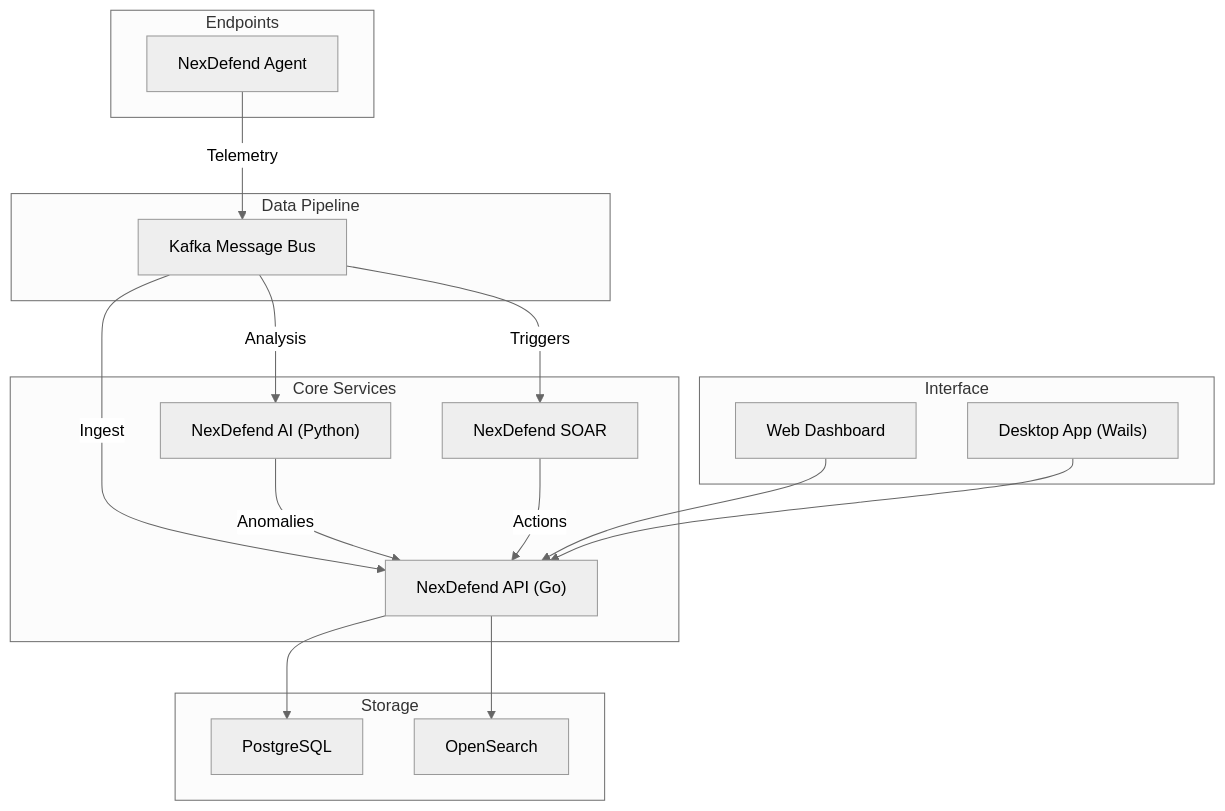
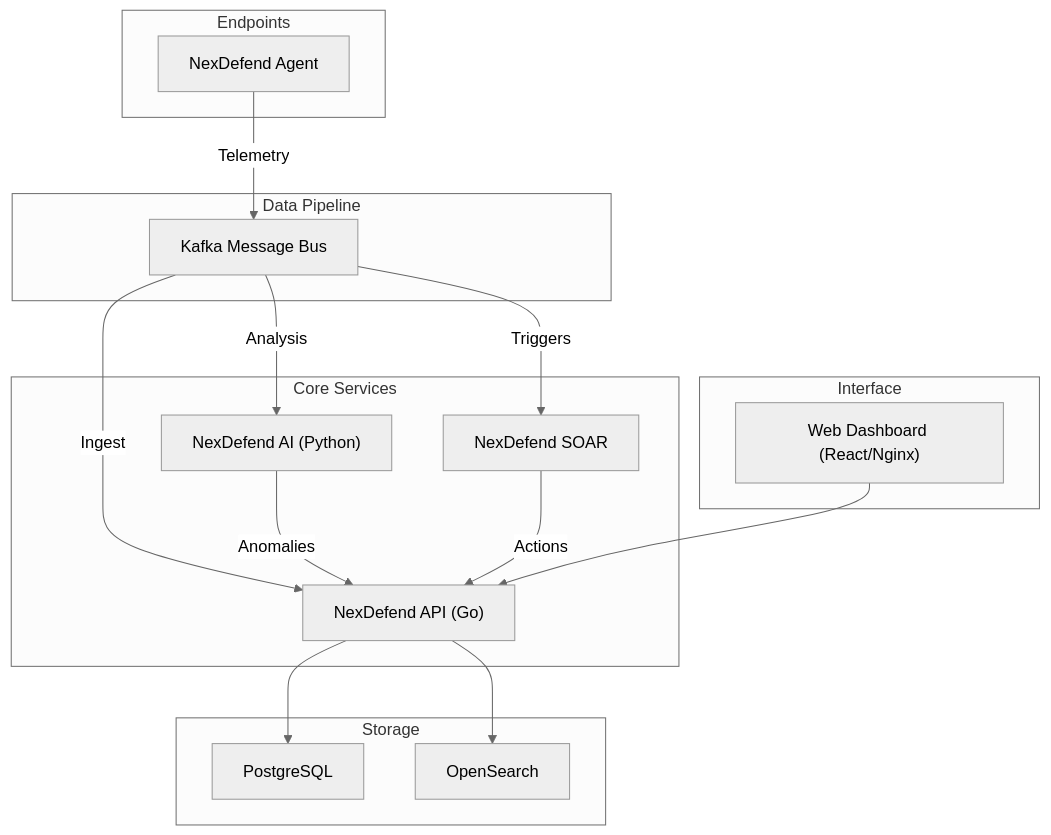
Before and after one commit to thrive-spectrexq/NexDefend: the diagram in README.md, drawn with Mermaid (neutral theme). The commit also changed other lines of this file and 17 other files, not shown here.

First line of the commit message:
Refactor: Update README and remove legacy desktop app

````diff
--- a/README.md
+++ b/README.md
@@ -45,39 +45,37 @@
 ```mermaid
 graph TD
     subgraph Endpoints
         Agent["NexDefend Agent"]
     end
 
     subgraph "Data Pipeline"
         Kafka["Kafka Message Bus"]
     end
 
     subgraph "Core Services"
         API["NexDefend API (Go)"]
         AI["NexDefend AI (Python)"]
         SOAR["NexDefend SOAR"]
     end
 
     subgraph "Storage"
         DB["PostgreSQL"]
         Search["OpenSearch"]
     end
 
     subgraph "Interface"
-        Web["Web Dashboard"]
-        Desktop["Desktop App (Wails)"]
+        Web["Web Dashboard (React/Nginx)"]
     end
 
     Agent -->|Telemetry| Kafka
     Kafka -->|Ingest| API
     Kafka -->|Analysis| AI
     Kafka -->|Triggers| SOAR
 
     API --> DB
     API --> Search
     AI -->|Anomalies| API
     SOAR -->|Actions| API
 
     Web --> API
-    Desktop --> API
 ```
````
